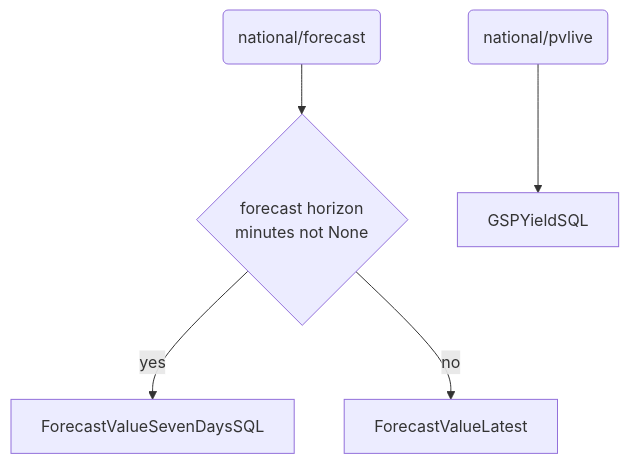
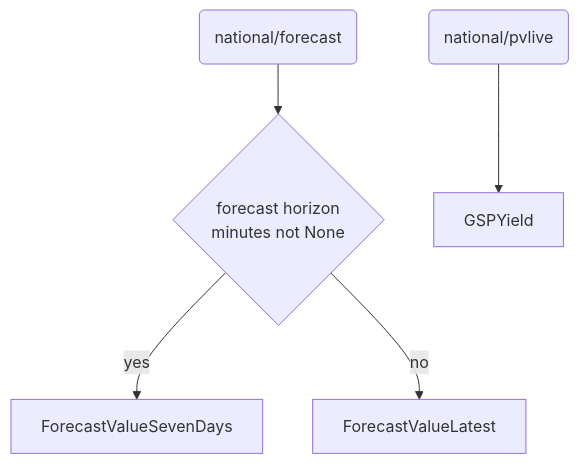
The first of 3 diagrams in README.md (openclimatefix/uk-pv-national-gsp-api), drawn with Mermaid before and after one commit. The commit also changed other lines of this file, not shown here.

````diff
--- a/README.md
+++ b/README.md
@@ -90,11 +90,11 @@
 ```mermaid
   graph TD;
       N1(national/forecast) --> Q1;
       N4[ForecastValueLatest];
       Q1{forecast horizon <br> minutes not None}
-      Q1-->|yes| N5[ForecastValueSevenDaysSQL];
+      Q1-->|yes| N5[ForecastValueSevenDays];
       Q1-->|no| N4;
 
       NP1(national/pvlive)-->NP2;
-      NP2[GSPYieldSQL];
+      NP2[GSPYield];
 ```
````
